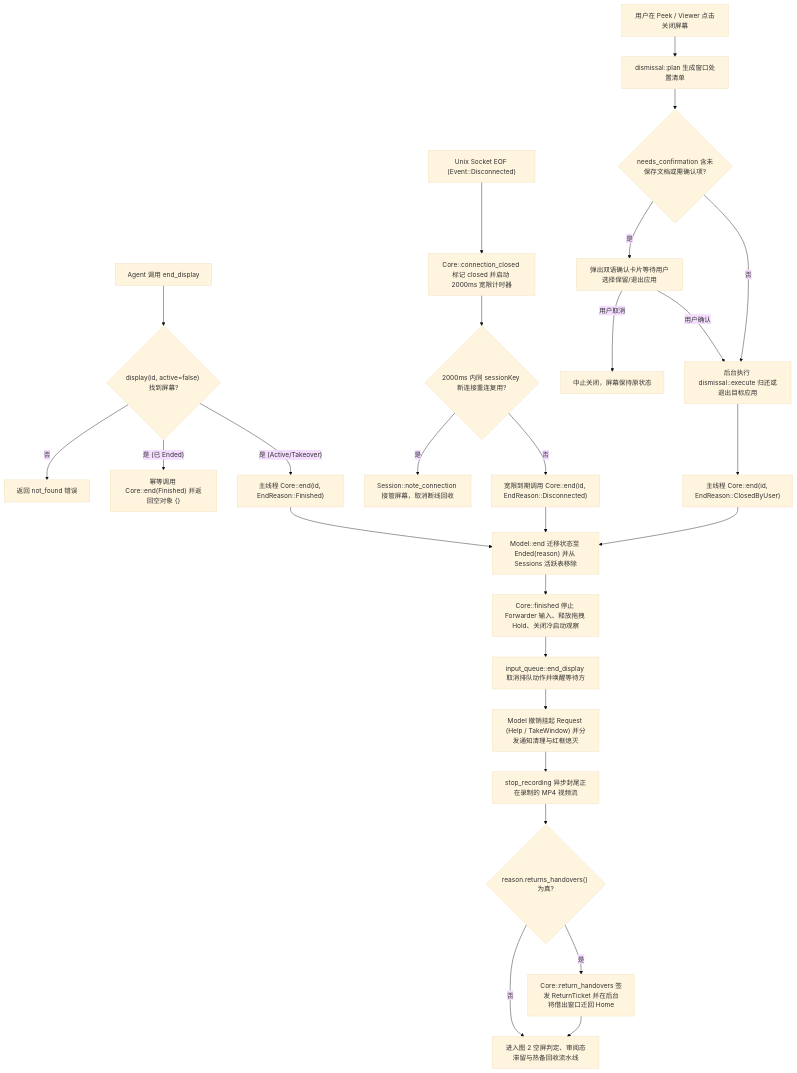
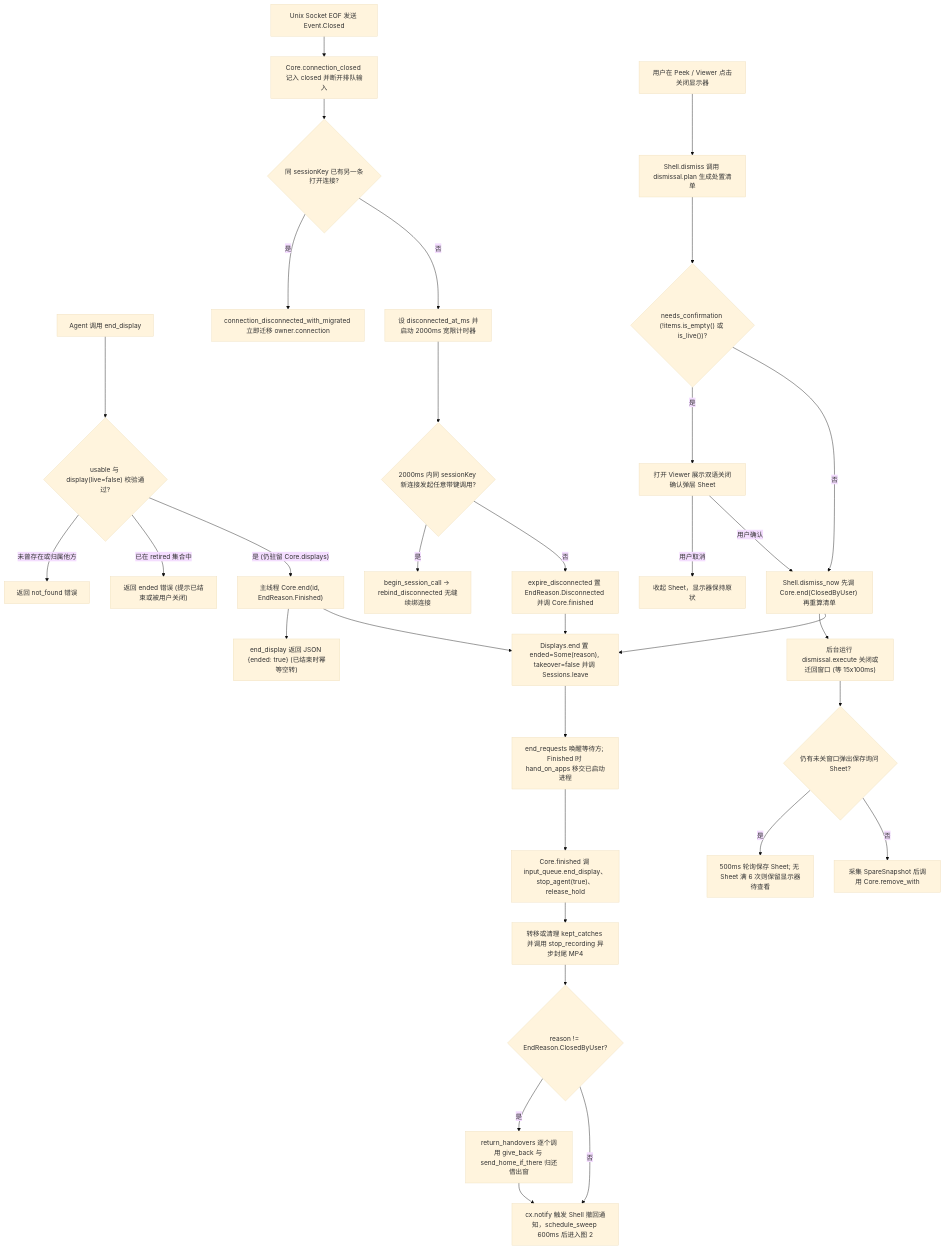
The first of 2 diagrams in docs/flows/02-end-display-and-sessions.md (Fanzzzd/agent-screen), drawn with Mermaid (base theme) before and after one commit. The commit also changed other lines of this file and 16 other files, not shown here.

First line of the commit message:
docs(docs): audit flow maps row by row with source quotes

````diff
--- a/docs/flows/02-end-display-and-sessions.md
+++ b/docs/flows/02-end-display-and-sessions.md
@@ -16,29 +16,35 @@
 ```mermaid
 flowchart TD
-    T1["Agent 调用 end_display"] --> G1{"display(id, active=false) 找到屏幕?"}
-    G1 -->|"否"| EX1["返回 not_found 错误"]
-    G1 -->|"是 (已 Ended)"| R1["幂等调用 Core::end(Finished) 并返回空对象 {}"]
-    G1 -->|"是 (Active/Takeover)"| E1["主线程 Core::end(id, EndReason::Finished)"]
-    T2["Unix Socket EOF (Event::Disconnected)"] --> D1["Core::connection_closed 标记 closed 并启动 2000ms 宽限计时器"]
-    D1 --> D2{"2000ms 内同 sessionKey 新连接重连复用?"}
-    D2 -->|"是"| D3["Session::note_connection 接管屏幕，取消断线回收"]
-    D2 -->|"否"| E2["宽限到期调用 Core::end(id, EndReason::Disconnected)"]
-    T3["用户在 Peek / Viewer 点击关闭屏幕"] --> U1["dismissal::plan 生成窗口处置清单"]
-    U1 --> U2{"needs_confirmation 含未保存文档或需确认项?"}
-    U2 -->|"是"| U3["弹出双语确认卡片等待用户选择保留/退出应用"]
-    U3 -->|"用户取消"| UX1["中止关闭，屏幕保持原状态"]
-    U3 -->|"用户确认"| U4["后台执行 dismissal::execute 归还或退出目标应用"]
+    T1["Agent 调用 end_display"] --> G1{"usable 与 display(live=false) 校验通过?"}
+    G1 -->|"未曾存在或归属他方"| EX1["返回 not_found 错误"]
+    G1 -->|"已在 retired 集合中"| EX2["返回 ended 错误 (提示已结束或被用户关闭)"]
+    G1 -->|"是 (仍驻留 Core.displays)"| E1["主线程 Core.end(id, EndReason.Finished)"]
+    E1 --> R1["end_display 返回 JSON {ended: true} (已结束时幂等空转)"]
+    T2["Unix Socket EOF 发送 Event.Closed"] --> D1["Core.connection_closed 记入 closed 并断开排队输入"]
+    D1 --> D2{"同 sessionKey 已有另一条打开连接?"}
+    D2 -->|"是"| D3["connection_disconnected_with_migrated 立即迁移 owner.connection"]
+    D2 -->|"否"| D4["设 disconnected_at_ms 并启动 2000ms 宽限计时器"]
+    D4 --> D5{"2000ms 内同 sessionKey 新连接发起任意带键调用?"}
+    D5 -->|"是"| D6["begin_session_call -> rebind_disconnected 无缝续绑连接"]
+    D5 -->|"否"| E2["expire_disconnected 置 EndReason.Disconnected 并调 Core.finished"]
+    T3["用户在 Peek / Viewer 点击关闭显示器"] --> U1["Shell.dismiss 调用 dismissal.plan 生成处置清单"]
+    U1 --> U2{"needs_confirmation (!items.is_empty() 或 is_live())?"}
+    U2 -->|"是"| U3["打开 Viewer 展示双语关闭确认弹层 Sheet"]
+    U3 -->|"用户取消"| UX1["收起 Sheet，显示器保持原状"]
+    U3 -->|"用户确认"| U4["Shell.dismiss_now 先调 Core.end(ClosedByUser) 再重算清单"]
     U2 -->|"否"| U4
-    U4 --> E3["主线程 Core::end(id, EndReason::ClosedByUser)"]
-    E1 --> C1["Model::end 迁移状态至 Ended(reason) 并从 Sessions 活跃表移除"]
+    U4 --> U5["后台运行 dismissal.execute 关闭或迁回窗口 (等 15x100ms)"]
+    U5 --> U6{"仍有未关窗口弹出保存询问 Sheet?"}
+    U6 -->|"是"| U7["500ms 轮询保存 Sheet; 无 Sheet 满 6 次则保留显示器待查看"]
+    U6 -->|"否"| U8["采集 SpareSnapshot 后调用 Core.remove_with"]
+    E1 --> C1["Displays.end 置 ended=Some(reason), takeover=false 并调 Sessions.leave"]
     E2 --> C1
-    E3 --> C1
-    C1 --> C2["Core::finished 停止 Forwarder 输入、释放拖拽 Hold、关闭冷启动观察"]
-    C2 --> C3["input_queue::end_display 取消排队动作并唤醒等待方"]
-    C3 --> C4["Model 撤销挂起 Request (Help / TakeWindow) 并分发通知清理与红框熄灭"]
-    C4 --> C5["stop_recording 异步封尾正在录制的 MP4 视频流"]
-    C5 --> C6{"reason.returns_handovers() 为真?"}
-    C6 -->|"是"| C7["Core::return_handovers 签发 ReturnTicket 并在后台将借出窗口迁回 Home"]
-    C6 -->|"否"| C8["进入图 2 空屏判定、审阅态滞留与热备回收流水线"]
-    C7 --> C8
+    U4 --> C1
+    C1 --> C2["end_requests 唤醒等待方; Finished 时 hand_on_apps 移交已启动进程"]
+    C2 --> C3["Core.finished 调 input_queue.end_display、stop_agent(true)、release_hold"]
+    C3 --> C4["转移或清理 kept_catches 并调用 stop_recording 异步封尾 MP4"]
+    C4 --> C5{"reason != EndReason.ClosedByUser?"}
+    C5 -->|"是"| C6["return_handovers 逐个调用 give_back 与 send_home_if_there 归还借出窗"]
+    C5 -->|"否"| C7["cx.notify 触发 Shell 撤回通知，schedule_sweep 600ms 后进入图 2"]
+    C6 --> C7
 ```
````
